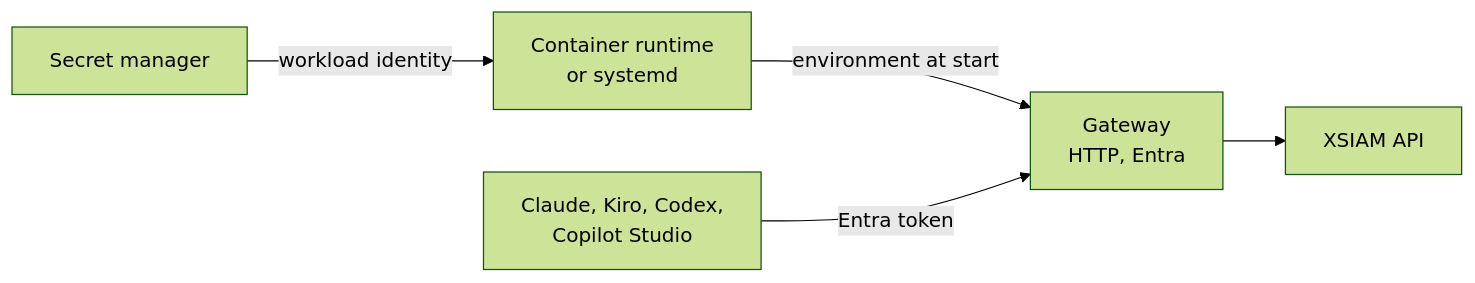
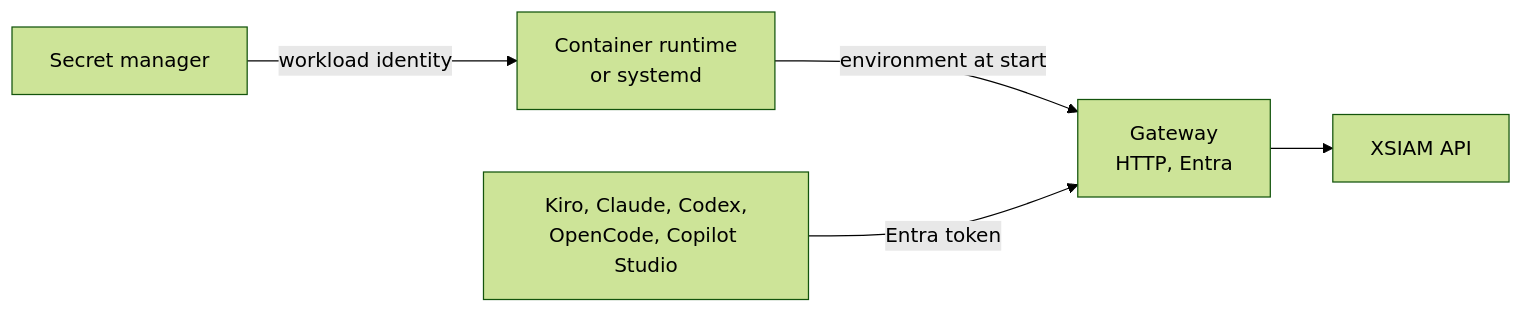
Before and after one commit to ciaran-finnegan/cortex-xsiam-mcp-gateway: the second of 2 diagrams in docs/SECRETS.md, drawn with Mermaid (forest theme). The commit also changed other lines of this file, not shown here.

Commit message:
docs: order MCP client examples Kiro, Claude Code, Codex, OpenCode

````diff
--- a/docs/SECRETS.md
+++ b/docs/SECRETS.md
@@ -322,7 +342,7 @@
 ```mermaid
 flowchart LR
   SM["Secret manager"] -->|workload identity| Runtime["Container runtime<br/>or systemd"]
   Runtime -->|environment at start| Gateway["Gateway<br/>HTTP, Entra"]
   Gateway --> XSIAM["XSIAM API"]
-  Clients["Claude, Kiro, Codex,<br/>Copilot Studio"] -->|Entra token| Gateway
+  Clients["Kiro, Claude, Codex,<br/>OpenCode, Copilot Studio"] -->|Entra token| Gateway
 ```
````
